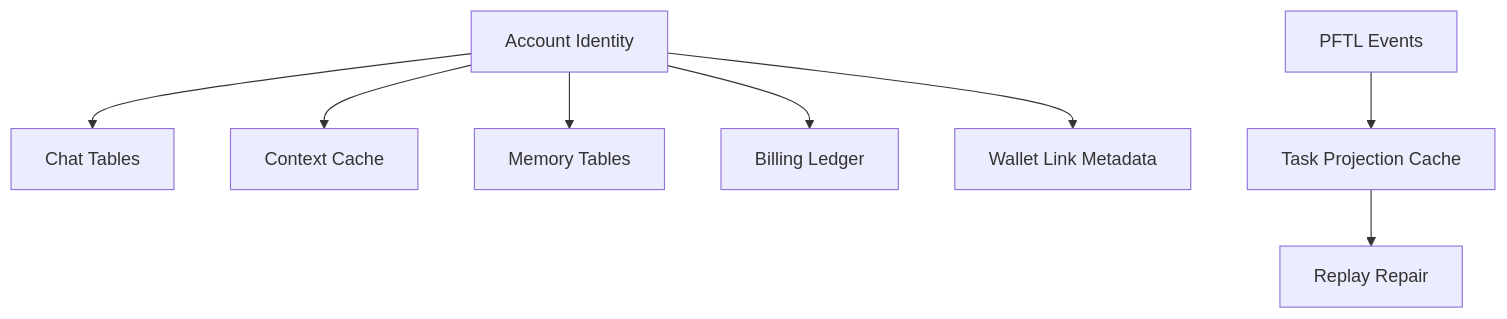
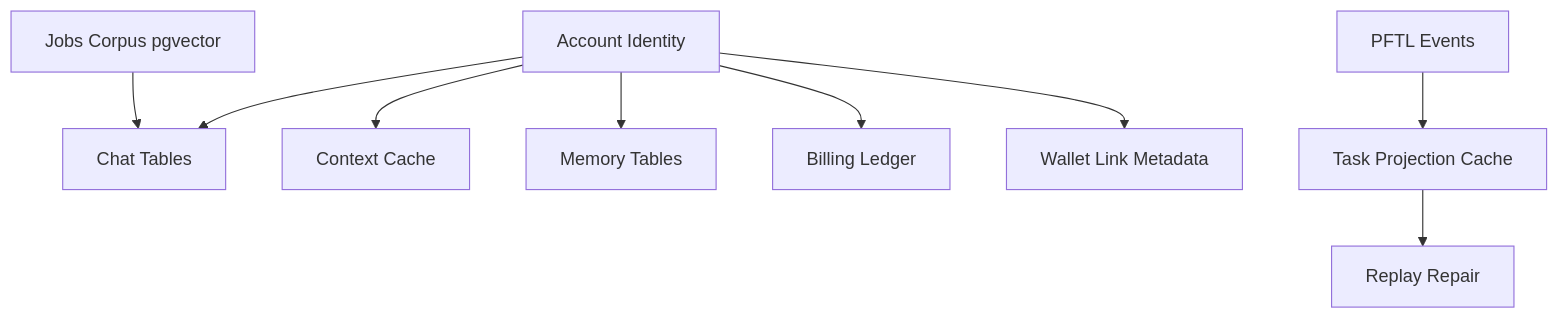
Before and after one commit to postfiatorg/tasknode: the diagram in docs/wiki/architecture/database.md, drawn with Mermaid. The commit also changed other lines of this file and 15 other files, not shown here.

Commit message:
Add Jobs pgvector retrieval for chat

````diff
--- a/docs/wiki/architecture/database.md
+++ b/docs/wiki/architecture/database.md
@@ -63,10 +66,11 @@
 ```mermaid
 flowchart TB
   Account[Account Identity] --> Chat[Chat Tables]
   Account --> Context[Context Cache]
   Account --> Memory[Memory Tables]
   Account --> Billing[Billing Ledger]
   Account --> Wallet[Wallet Link Metadata]
+  Jobs[Jobs Corpus pgvector] --> Chat
   PFTL[PFTL Events] --> TaskCache[Task Projection Cache]
   TaskCache --> Replay[Replay Repair]
 ```
````
